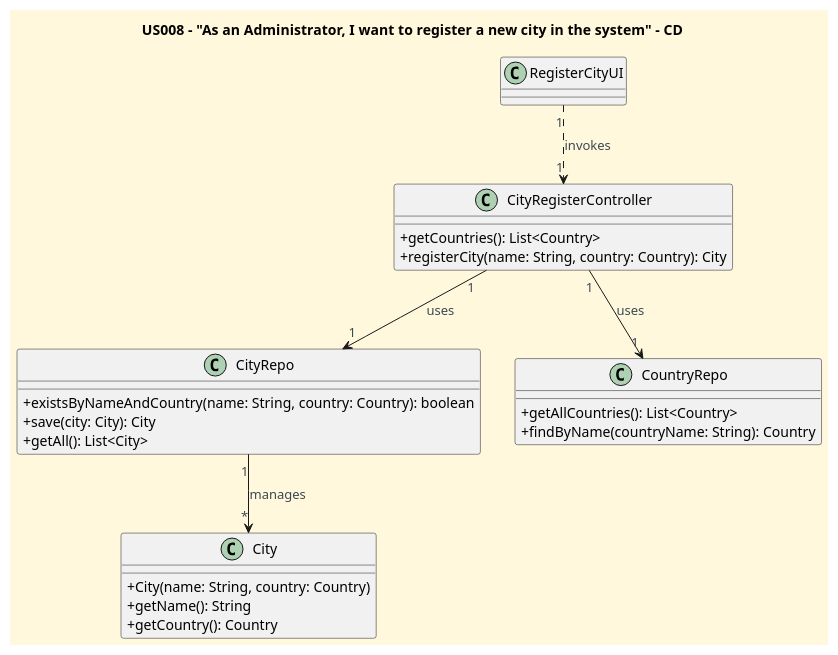
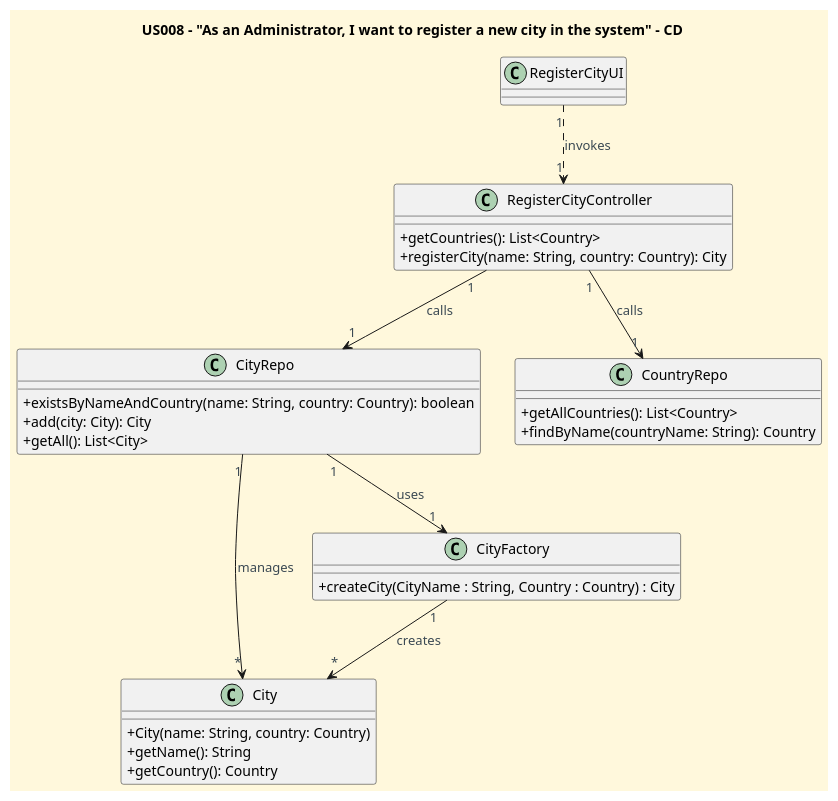
The diagram in docs/userStories/US008/US008_register_a_city_CD.puml (CarolinaLeite-collab/JavaMarketplacePlatform), drawn with PlantUML before and after one commit.

Commit message:
class diagram updated. Closes #264

```diff
--- a/docs/userStories/US008/US008_register_a_city_CD.puml
+++ b/docs/userStories/US008/US008_register_a_city_CD.puml
@@ -1,47 +1,55 @@
 @startuml
 'https://plantuml.com/class-diagram
 title US008 – "As an Administrator, I want to register a new city in the system" – CD
 
 '==== basic style ====
 skinparam monochrome false
 skinparam shadowing false
 skinparam defaultFontName Futura
 skinparam objectFontSize 20
 skinparam backgroundColor CornSilk
 skinparam objectBackgroundColor WhiteSmoke
 skinparam noteBackgroundColor #FFFFE0
 skinparam ArrowFontColor #3B4953
 skinparam classAttributeIconSize 0
 
-
+' ===== UI =====
 class RegisterCityUI {
 
 }
-
+' ===== ENTITY =====
 class City {
   + City(name: String, country: Country)
   + getName(): String
   + getCountry(): Country
 }
 
+' ===== FACTORY =====
+class CityFactory {
+  + createCity(CityName : String, Country : Country) : City
+}
+
+' ===== REPOSITORY =====
 class CityRepo {
   + existsByNameAndCountry(name: String, country: Country): boolean
-  + save(city: City): City
+  + add(city: City): City
   + getAll(): List<City>
 }
 
 class CountryRepo {
   + getAllCountries(): List<Country>
   + findByName(countryName: String): Country
 }
 
-class CityRegisterController {
+class RegisterCityController {
   + getCountries(): List<Country>
   + registerCity(name: String, country: Country): City
 }
 
-RegisterCityUI "1" ..> "1" CityRegisterController : invokes
-CityRegisterController "1" --> "1" CountryRepo : uses
-CityRegisterController "1" --> "1" CityRepo : uses
+RegisterCityUI "1" ..> "1" RegisterCityController : invokes
+RegisterCityController "1" --> "1" CountryRepo : calls
+RegisterCityController "1" --> "1" CityRepo : calls
+CityRepo "1" --> "1"CityFactory: uses
+CityFactory "1" --> "*" City: creates
 CityRepo "1" --> "*" City : manages
 @enduml
```
